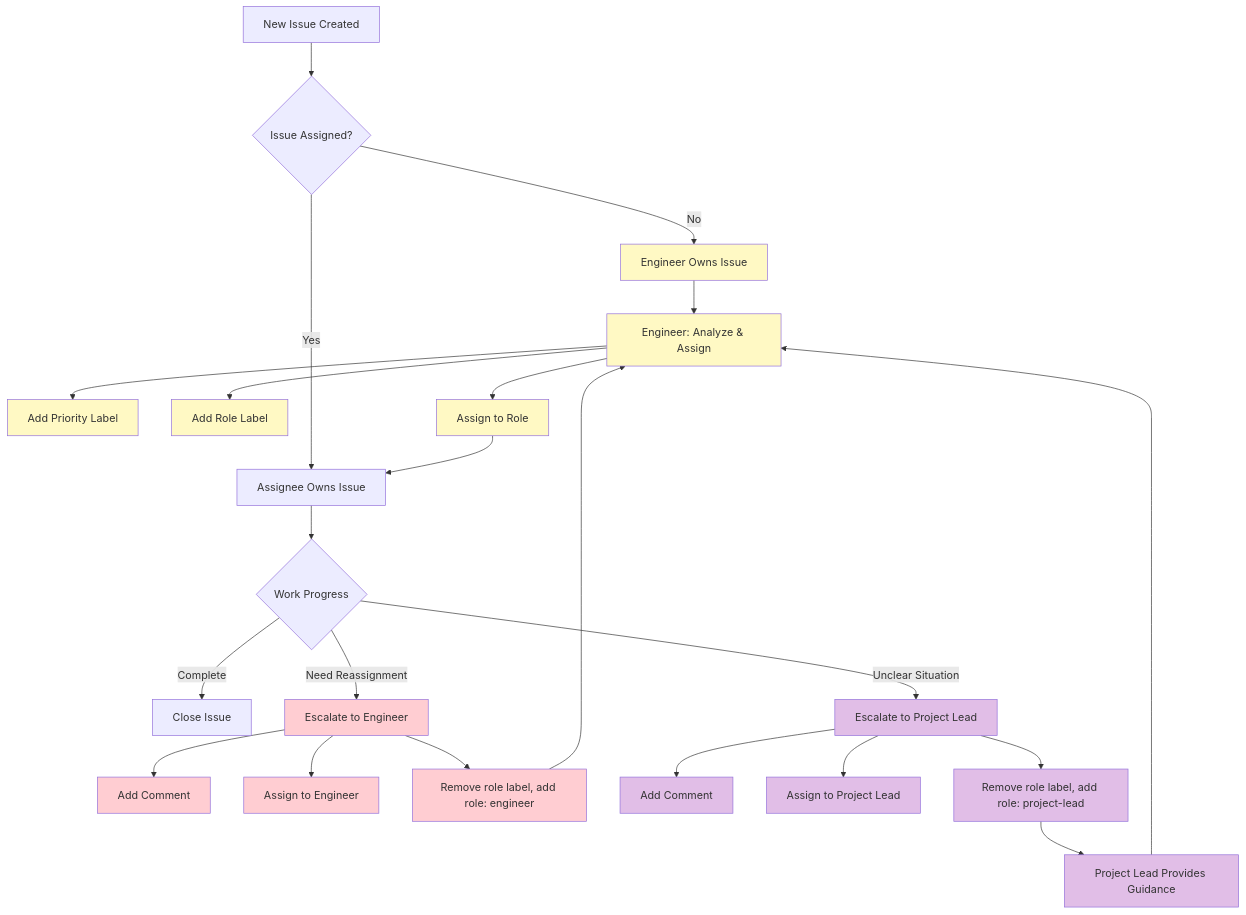
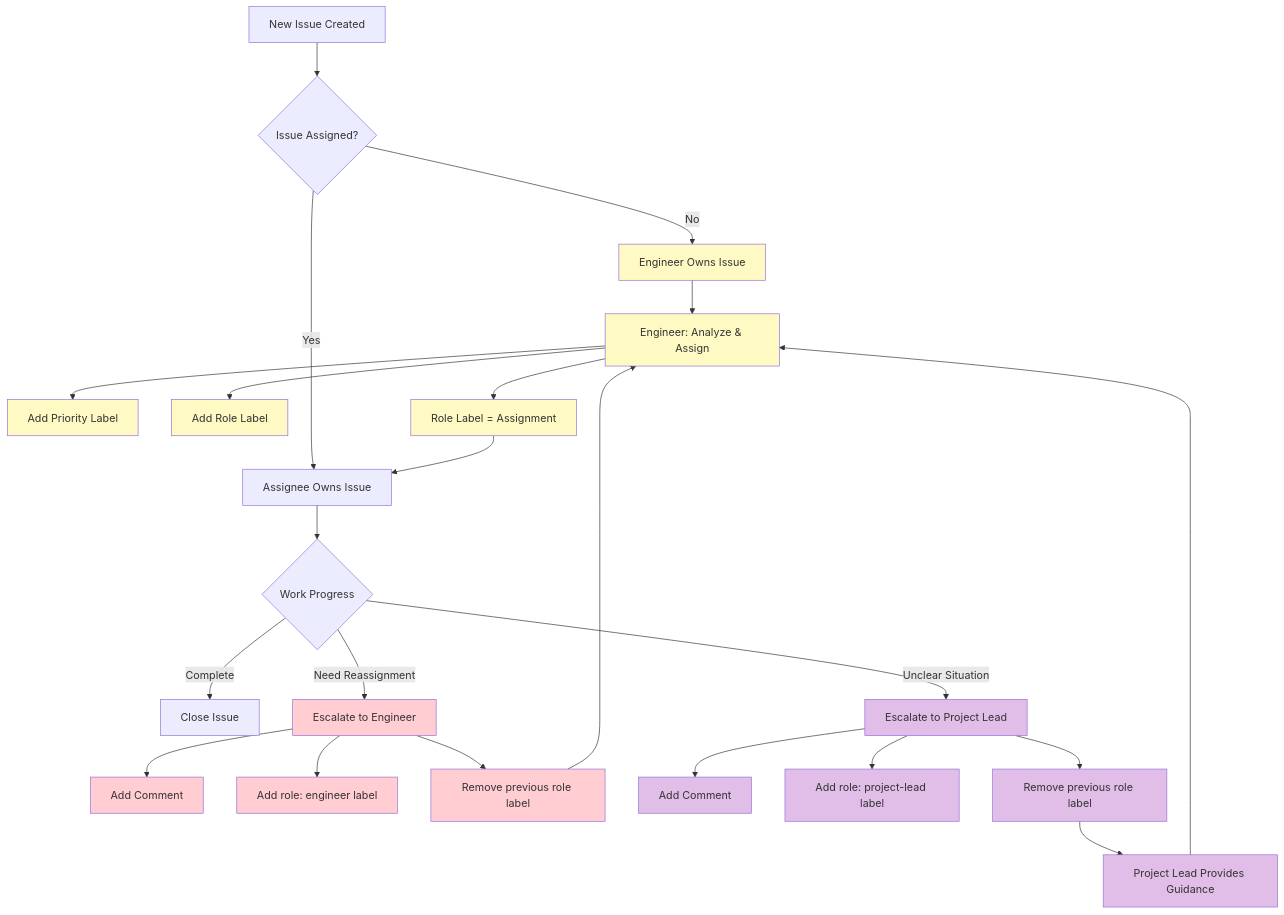
One commit to kpbarrett/obsidian-tasks-skedpal-plugin changed the diagram in docs/github-workflow.md. Above: the diagram before and after it, drawn with Mermaid. The commit also changed other lines of this file and 2 other files, not shown here.

````diff
--- a/docs/github-workflow.md
+++ b/docs/github-workflow.md
@@ -125,43 +127,43 @@
 ```mermaid
 graph TD
     A[New Issue Created] --> B{Issue Assigned?}
     B -->|No| C[Engineer Owns Issue]
     B -->|Yes| D[Assignee Owns Issue]
     
     C --> E[Engineer: Analyze & Assign]
     E --> F[Add Priority Label]
     E --> G[Add Role Label]
-    E --> H[Assign to Role]
+    E --> H[Role Label = Assignment]
     H --> D
     
     D --> I{Work Progress}
     I -->|Complete| J[Close Issue]
     I -->|Need Reassignment| K[Escalate to Engineer]
     I -->|Unclear Situation| L[Escalate to Project Lead]
     
     K --> M[Add Comment]
-    K --> N[Assign to Engineer]
-    K --> O[Remove role label, add role: engineer]
+    K --> N[Add role: engineer label]
+    K --> O[Remove previous role label]
     O --> E
     
     L --> P[Add Comment]
-    L --> Q[Assign to Project Lead]
-    L --> R[Remove role label, add role: project-lead]
+    L --> Q[Add role: project-lead label]
+    L --> R[Remove previous role label]
     R --> S[Project Lead Provides Guidance]
     S --> E
     
     style C fill:#fff9c4
     style E fill:#fff9c4
     style F fill:#fff9c4
     style G fill:#fff9c4
     style H fill:#fff9c4
     style K fill:#ffcdd2
     style M fill:#ffcdd2
     style N fill:#ffcdd2
     style O fill:#ffcdd2
     style L fill:#e1bee7
     style P fill:#e1bee7
     style Q fill:#e1bee7
     style R fill:#e1bee7
     style S fill:#e1bee7
 ```
````
